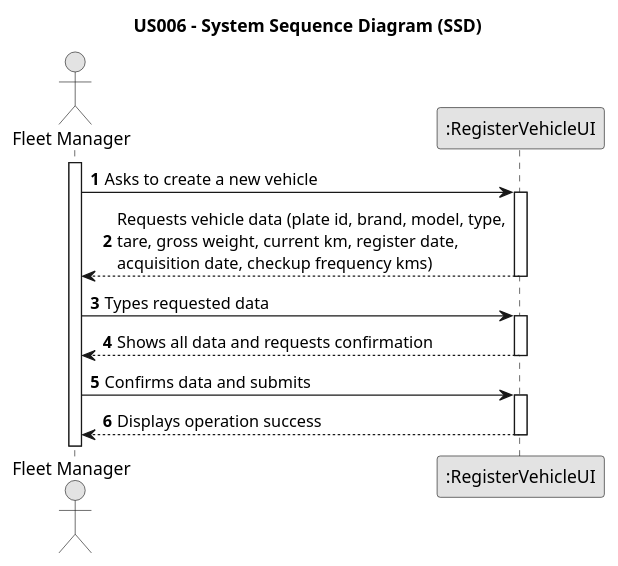
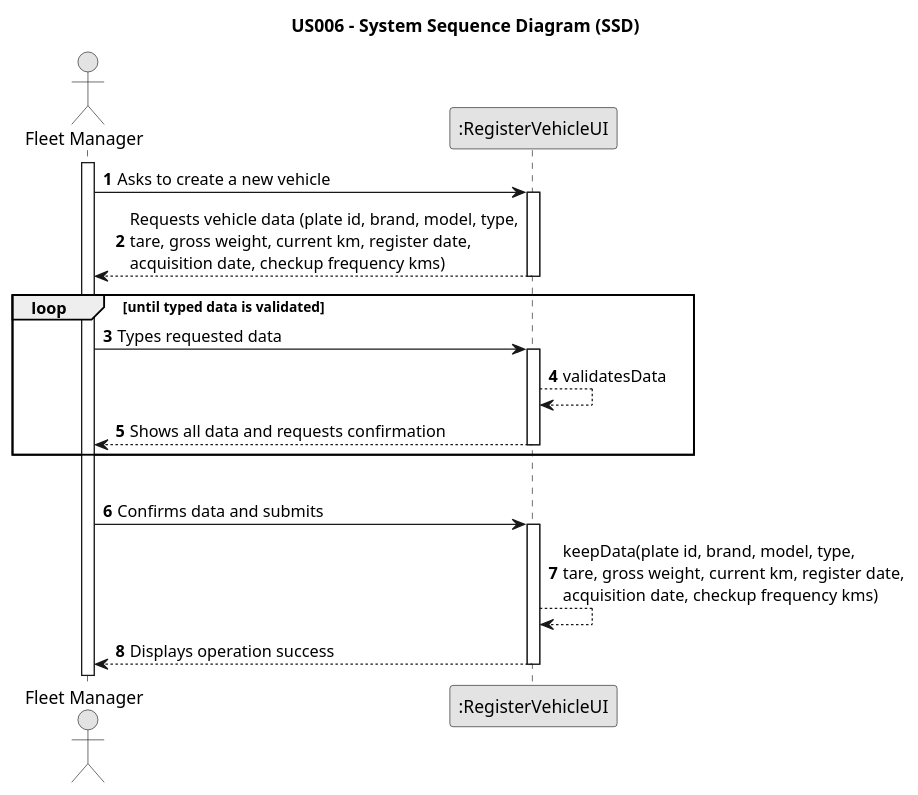
One commit to Rui-San/LAPR2_2023_2024 changed the diagram in docs/sprintB/us006/01.requirements-engineering/puml/us006-system-sequence-diagram.puml. Above: the diagram before and after it, drawn with PlantUML.

Commit message:
US006: Fixed SSD with validation loop by system.
Created the new .svg

```diff
--- a/docs/sprintB/us006/01.requirements-engineering/puml/us006-system-sequence-diagram.puml
+++ b/docs/sprintB/us006/01.requirements-engineering/puml/us006-system-sequence-diagram.puml
@@ -1,34 +1,38 @@
 @startuml
 skinparam monochrome true
 skinparam packageStyle rectangle
 skinparam shadowing false
 
 title US006 - System Sequence Diagram (SSD)
 
 autonumber
 
 actor "Fleet Manager" as Employee
 participant ":RegisterVehicleUI" as System
 
 activate Employee
 
     Employee -> System : Asks to create a new vehicle
     activate System
 
         System --> Employee : Requests vehicle data (plate id, brand, model, type,\ntare, gross weight, current km, register date,\nacquisition date, checkup frequency kms)
     deactivate System
 
 
+    loop until typed data is validated
     Employee -> System : Types requested data
     activate System
-
+        System --> System : validatesData
         System --> Employee : Shows all data and requests confirmation
     deactivate System
 
+    end loop
+    |||
     Employee -> System : Confirms data and submits
     activate System
 
+        System --> System : keepData(plate id, brand, model, type,\ntare, gross weight, current km, register date,\nacquisition date, checkup frequency kms)
         System --> Employee : Displays operation success
     deactivate System
 
 @enduml
```
